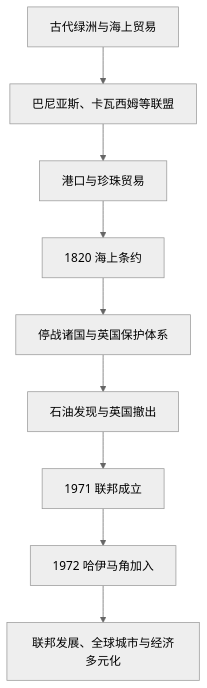
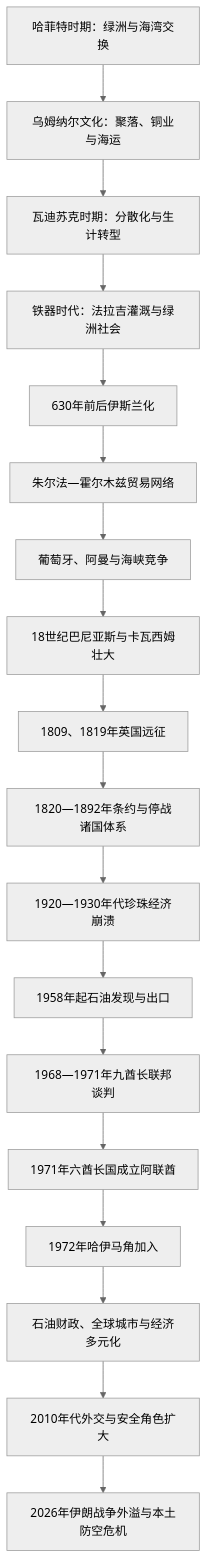
Before and after one commit to tianlan-dev/learning-notes: the diagram in 人文科学/历史/西亚/阿拉伯半岛/阿联酋/README.md, drawn with Mermaid (neutral theme). The commit also changed other lines of this file and 1417 other files, not shown here.

````diff
--- a/人文科学/历史/西亚/阿拉伯半岛/阿联酋/README.md
+++ b/人文科学/历史/西亚/阿拉伯半岛/阿联酋/README.md
@@ -13,11 +9,20 @@
 ```mermaid
 flowchart TD
-    Ancient["古代绿洲与海上贸易"] --> Tribes["巴尼亚斯、卡瓦西姆等联盟"]
-    Tribes --> Pearls["港口与珍珠贸易"]
-    Pearls --> Treaty1820["1820 海上条约"]
-    Treaty1820 --> Trucial["停战诸国与英国保护体系"]
-    Trucial --> Oil["石油发现与英国撤出"]
-    Oil --> Federation["1971 联邦成立"]
-    Federation --> RAK["1972 哈伊马角加入"]
-    RAK --> Modern["联邦发展、全球城市与经济多元化"]
+    Hafit["哈菲特时期：绿洲与海湾交换"] --> UmmNar["乌姆纳尔文化：聚落、铜业与海运"]
+    UmmNar --> WadiSuq["瓦迪苏克时期：分散化与生计转型"]
+    WadiSuq --> IronAge["铁器时代：法拉吉灌溉与绿洲社会"]
+    IronAge --> Islam["630年前后伊斯兰化"]
+    Islam --> Julfar["朱尔法—霍尔木兹贸易网络"]
+    Julfar --> MaritimePowers["葡萄牙、阿曼与海峡竞争"]
+    MaritimePowers --> Confederations["18世纪巴尼亚斯与卡瓦西姆壮大"]
+    Confederations --> Expeditions["1809、1819年英国远征"]
+    Expeditions --> Treaty["1820—1892年条约与停战诸国体系"]
+    Treaty --> PearlCrisis["1920—1930年代珍珠经济崩溃"]
+    PearlCrisis --> Oil["1958年起石油发现与出口"]
+    Oil --> NineFederation["1968—1971年九酋长联邦谈判"]
+    NineFederation --> SixUnion["1971年六酋长国成立阿联酋"]
+    SixUnion --> SevenUnion["1972年哈伊马角加入"]
+    SevenUnion --> Diversification["石油财政、全球城市与经济多元化"]
+    Diversification --> SecurityShift["2010年代外交与安全角色扩大"]
+    SecurityShift --> War2026["2026年伊朗战争外溢与本土防空危机"]
 ```
````
